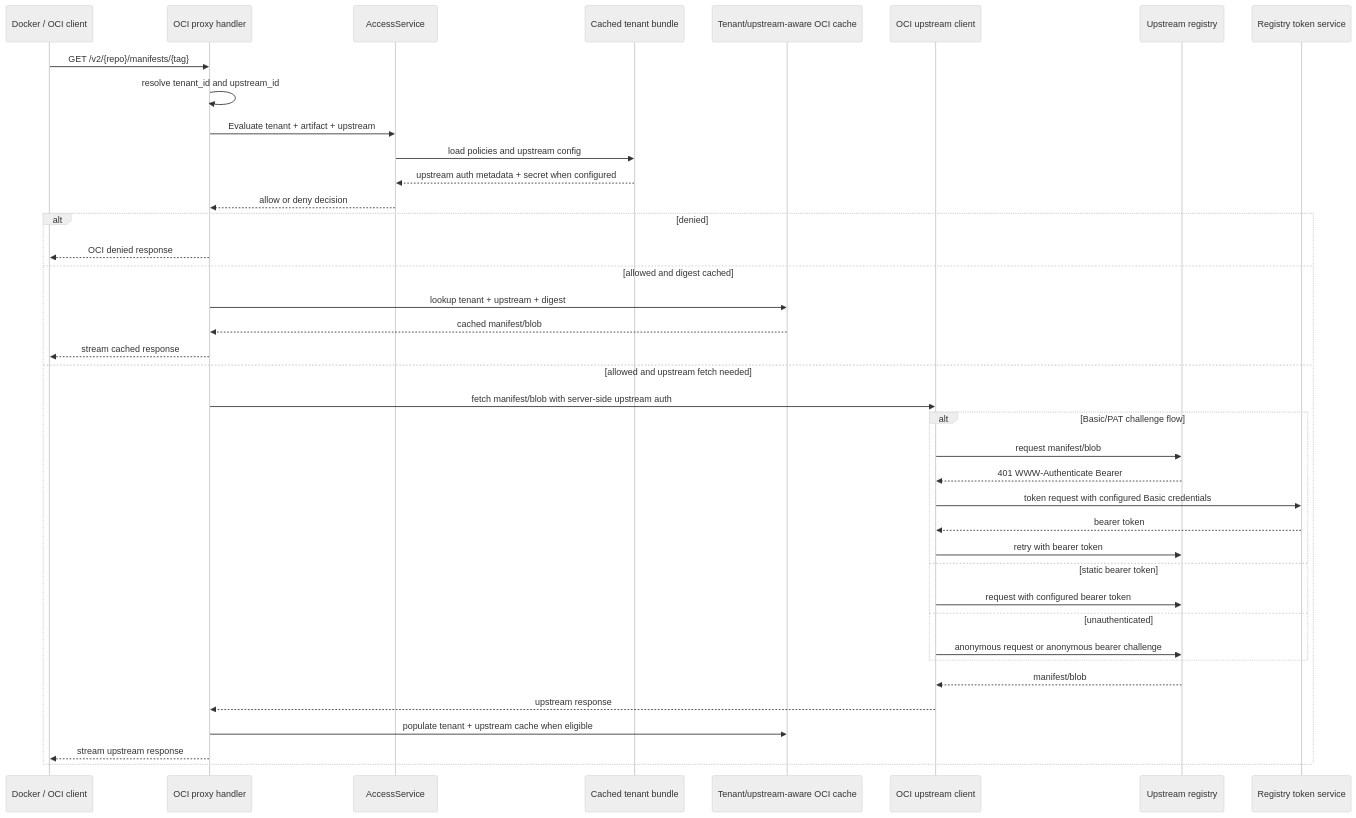
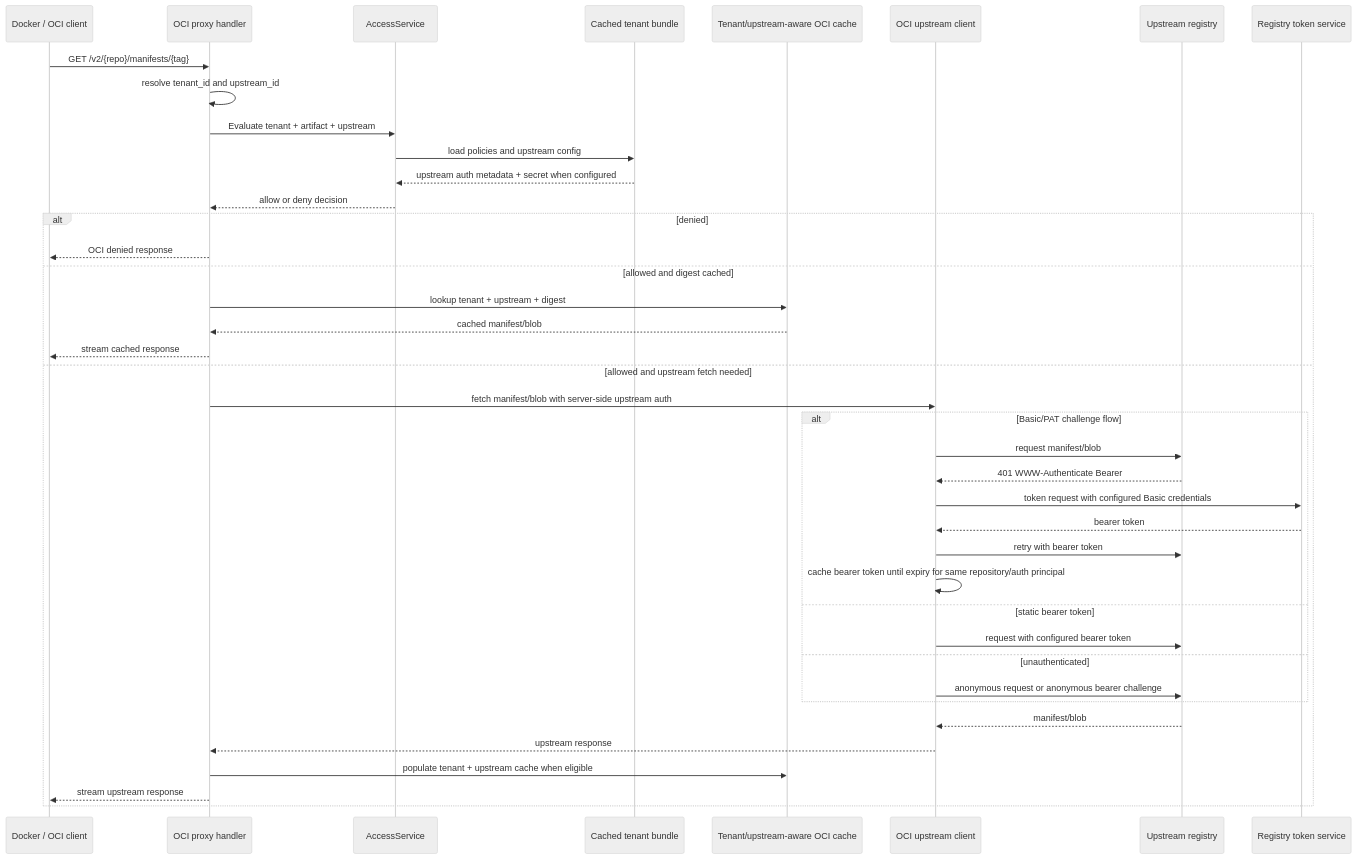
One commit to terrpan/dependency-firewall changed the third of 3 diagrams in docs/proxy-behavior.md. Above: the diagram before and after it, drawn with Mermaid (neutral theme). The commit also changed other lines of this file and 30 other files, not shown here.

First line of the commit message:
feat: Enhance OCIClient with bearer token caching and secret resolution

````diff
--- a/docs/proxy-behavior.md
+++ b/docs/proxy-behavior.md
@@ -131,43 +131,44 @@
 ```mermaid
 sequenceDiagram
     participant docker as Docker / OCI client
     participant proxy as OCI proxy handler
     participant access as AccessService
     participant bundle as Cached tenant bundle
     participant cache as Tenant/upstream-aware OCI cache
     participant oci as OCI upstream client
     participant registry as Upstream registry
     participant token as Registry token service
 
     docker->>proxy: GET /v2/{repo}/manifests/{tag}
     proxy->>proxy: resolve tenant_id and upstream_id
     proxy->>access: Evaluate tenant + artifact + upstream
     access->>bundle: load policies and upstream config
     bundle-->>access: upstream auth metadata + secret when configured
     access-->>proxy: allow or deny decision
 
     alt denied
         proxy-->>docker: OCI denied response
     else allowed and digest cached
         proxy->>cache: lookup tenant + upstream + digest
         cache-->>proxy: cached manifest/blob
         proxy-->>docker: stream cached response
     else allowed and upstream fetch needed
         proxy->>oci: fetch manifest/blob with server-side upstream auth
         alt Basic/PAT challenge flow
             oci->>registry: request manifest/blob
             registry-->>oci: 401 WWW-Authenticate Bearer
             oci->>token: token request with configured Basic credentials
             token-->>oci: bearer token
             oci->>registry: retry with bearer token
+            oci->>oci: cache bearer token until expiry for same repository/auth principal
         else static bearer token
             oci->>registry: request with configured bearer token
         else unauthenticated
             oci->>registry: anonymous request or anonymous bearer challenge
         end
         registry-->>oci: manifest/blob
         oci-->>proxy: upstream response
         proxy->>cache: populate tenant + upstream cache when eligible
         proxy-->>docker: stream upstream response
     end
 ```
````
